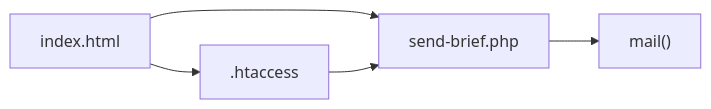
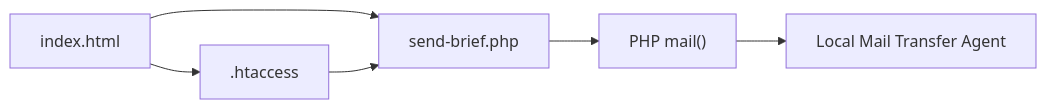
Before and after one commit to Vostrikov2014/emoo: the third of 3 diagrams in .qoder/repowiki/en/content/Backend Processing.md, drawn with Mermaid. The commit also changed other lines of this file and 14 other files, not shown here.

````diff
--- a/.qoder/repowiki/en/content/Backend Processing.md
+++ b/.qoder/repowiki/en/content/Backend Processing.md
@@ -232,7 +268,8 @@
 ```mermaid
 graph LR
 HTML["index.html"] --> PHP["send-brief.php"]
-PHP --> MAIL["mail()"]
+PHP --> MAIL["PHP mail()"]
 HTML --> HTA[".htaccess"]
 HTA --> PHP
+MAIL --> MTA["Local Mail Transfer Agent"]
 ```
````
